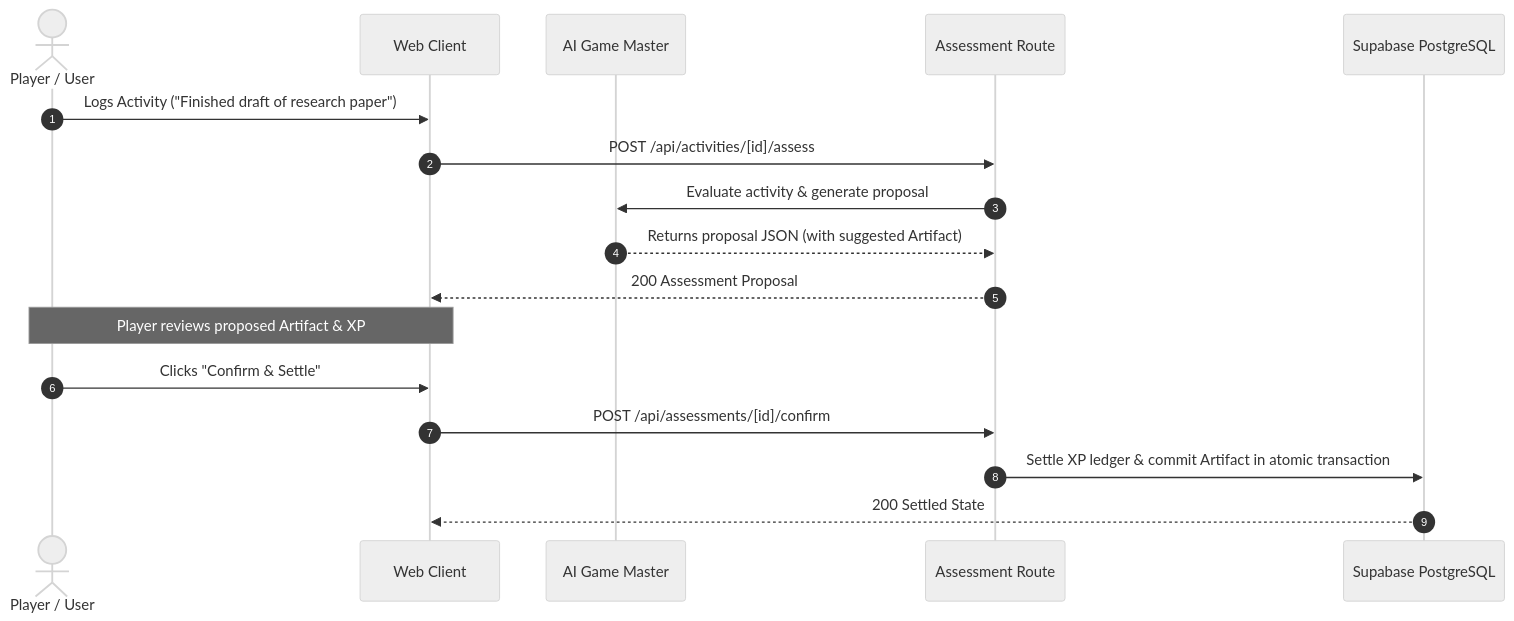
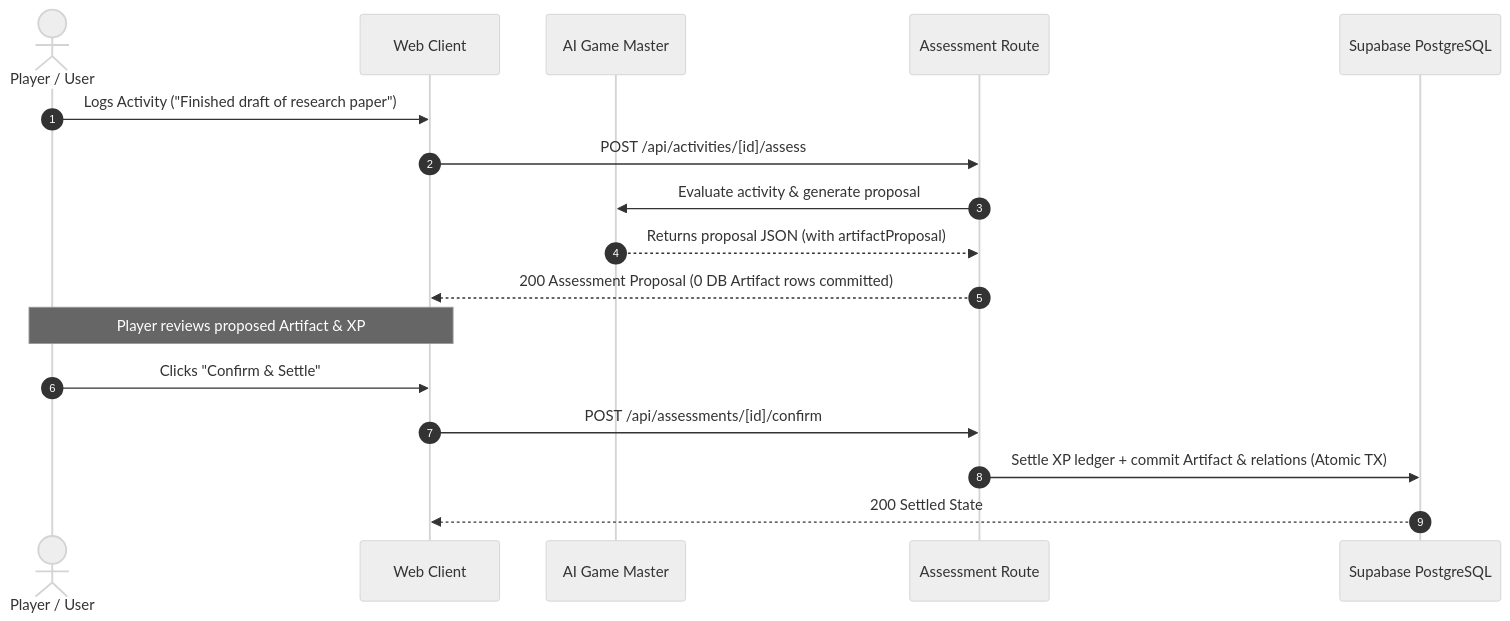
One commit to Daylily-Huang/AI-Personal-Growth-RPG changed the diagram in docs/Stage7/02_ARTIFACT_AUTHORITY_RULES.md. Above: the diagram before and after it, drawn with Mermaid (neutral theme). The commit also changed other lines of this file and 6 other files, not shown here.

````diff
--- a/docs/Stage7/02_ARTIFACT_AUTHORITY_RULES.md
+++ b/docs/Stage7/02_ARTIFACT_AUTHORITY_RULES.md
@@ -28,20 +39,20 @@
 ```mermaid
 sequenceDiagram
     autonumber
     actor Player as Player / User
     participant Web as Web Client
     participant AI as AI Game Master
     participant API as Assessment Route
     participant DB as Supabase PostgreSQL
 
     Player->>Web: Logs Activity ("Finished draft of research paper")
     Web->>API: POST /api/activities/[id]/assess
     API->>AI: Evaluate activity & generate proposal
-    AI-->>API: Returns proposal JSON (with suggested Artifact)
-    API-->>Web: 200 Assessment Proposal
+    AI-->>API: Returns proposal JSON (with artifactProposal)
+    API-->>Web: 200 Assessment Proposal (0 DB Artifact rows committed)
     Note over Web,Player: Player reviews proposed Artifact & XP
     Player->>Web: Clicks "Confirm & Settle"
     Web->>API: POST /api/assessments/[id]/confirm
-    API->>DB: Settle XP ledger & commit Artifact in atomic transaction
+    API->>DB: Settle XP ledger + commit Artifact & relations (Atomic TX)
     DB-->>Web: 200 Settled State
 ```
````
